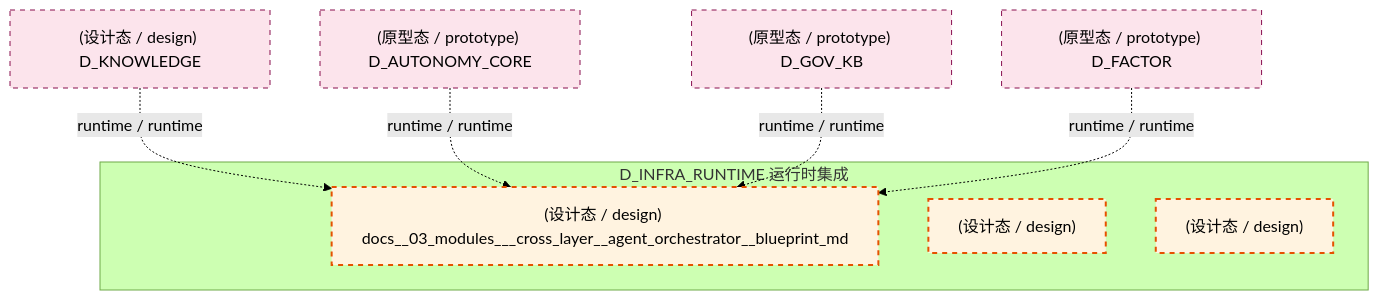
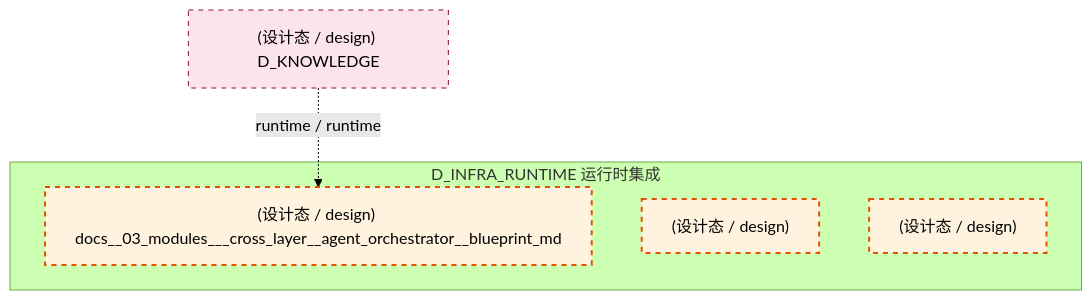
One commit to xuanFelixVan/ZephyrAlpha changed the tenth of 12 diagrams in docs/02_enterprise_architecture/02_domain_architecture_docs/04_d_infra_runtime.md. Above: the diagram before and after it, drawn with Mermaid (forest theme). The commit also changed other lines of this file and 112 other files, not shown here.

````diff
--- a/docs/02_enterprise_architecture/02_domain_architecture_docs/04_d_infra_runtime.md
+++ b/docs/02_enterprise_architecture/02_domain_architecture_docs/04_d_infra_runtime.md
@@ -1389,22 +1386,16 @@
 ```mermaid
 graph TD
     subgraph D_INFRA_RUNTIME["D_INFRA_RUNTIME 运行时集成"]
         docs_03_modules_cross_layer_agent_orchestrator_blueprint_md["(设计态 / design) docs__03_modules___cross_layer__agent_orchestrator__blueprint_md"]
         docs_03_modules_cross_layer_shared_core_contracts_blueprint_md["(设计态 / design) "]
         docs_03_modules_cross_layer_shared_core_shared_infra_blueprint_md["(设计态 / design) "]
     end
     D_KNOWLEDGE["(设计态 / design) D_KNOWLEDGE"]
     D_KNOWLEDGE -.->|runtime / runtime| docs_03_modules_cross_layer_agent_orchestrator_blueprint_md
-    D_AUTONOMY_CORE["(原型态 / prototype) D_AUTONOMY_CORE"]
-    D_AUTONOMY_CORE -.->|runtime / runtime| docs_03_modules_cross_layer_agent_orchestrator_blueprint_md
-    D_GOV_KB["(原型态 / prototype) D_GOV_KB"]
-    D_GOV_KB -.->|runtime / runtime| docs_03_modules_cross_layer_agent_orchestrator_blueprint_md
-    D_FACTOR["(原型态 / prototype) D_FACTOR"]
-    D_FACTOR -.->|runtime / runtime| docs_03_modules_cross_layer_agent_orchestrator_blueprint_md
     classDef production fill:#e1f5fe,stroke:#01579b,stroke-width:2px,color:#000
     classDef design fill:#fff3e0,stroke:#e65100,stroke-width:2px,color:#000,stroke-dasharray: 5 5
     classDef external_prod fill:#e8f5e9,stroke:#1b5e20,stroke-width:1px,color:#000
     classDef external_design fill:#fce4ec,stroke:#880e4f,stroke-width:1px,color:#000,stroke-dasharray: 5 5
     class docs_03_modules_cross_layer_agent_orchestrator_blueprint_md,docs_03_modules_cross_layer_shared_core_contracts_blueprint_md,docs_03_modules_cross_layer_shared_core_shared_infra_blueprint_md design
-    class D_KNOWLEDGE,D_AUTONOMY_CORE,D_GOV_KB,D_FACTOR external_design
+    class D_KNOWLEDGE external_design
 ```
````
